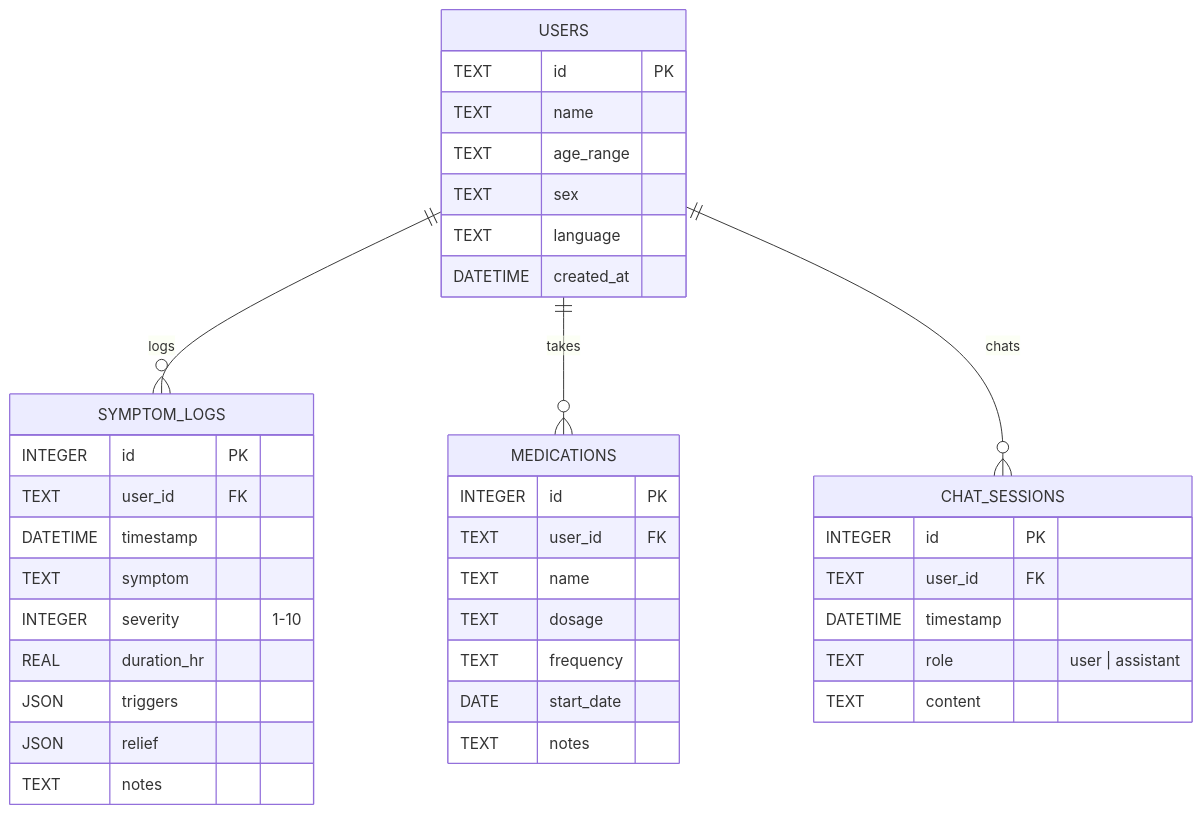
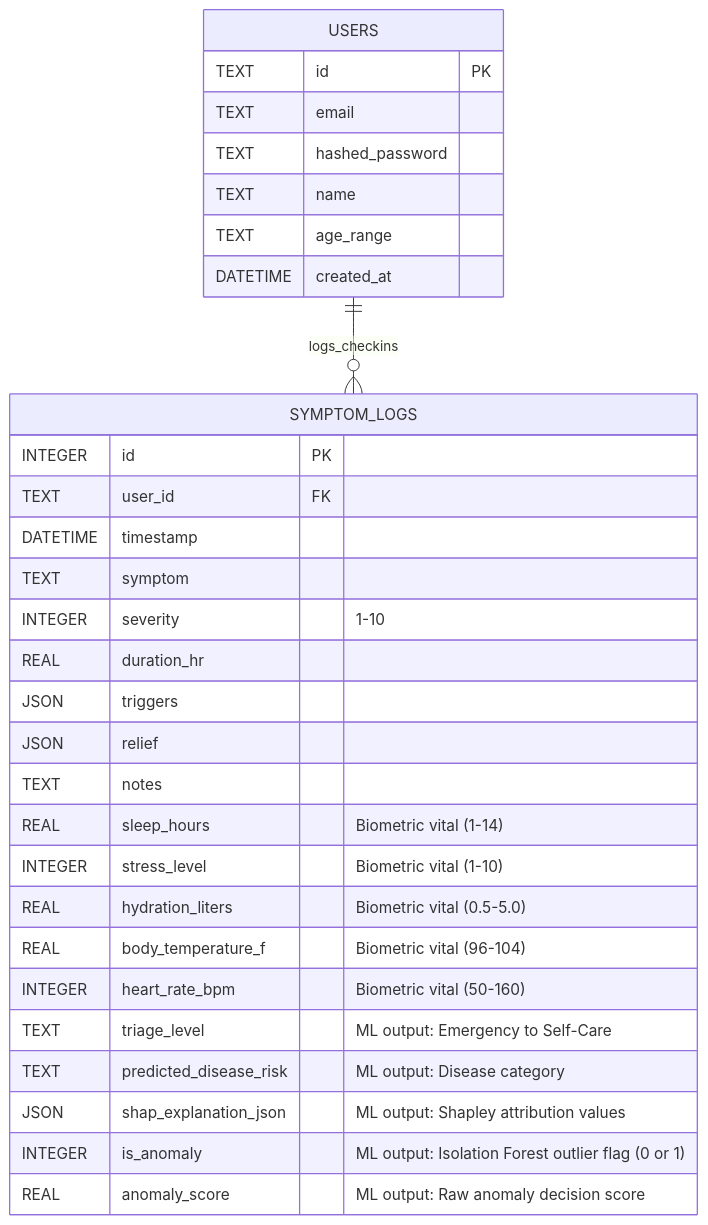
One commit to rj9884/healthGuard changed the second of 2 diagrams in README.md. Above: the diagram before and after it, drawn with Mermaid. The commit also changed other lines of this file, not shown here.

Commit message:
docs: update README with lightweight ML architecture, updated database schema, and local setup guide

````diff
--- a/README.md
+++ b/README.md
@@ -332,45 +247,35 @@
 ```mermaid
 erDiagram
     USERS {
         TEXT id PK
+        TEXT email
+        TEXT hashed_password
         TEXT name
         TEXT age_range
-        TEXT sex
-        TEXT language
         DATETIME created_at
     }
 
     SYMPTOM_LOGS {
         INTEGER id PK
         TEXT user_id FK
         DATETIME timestamp
         TEXT symptom
         INTEGER severity "1-10"
         REAL duration_hr
         JSON triggers
         JSON relief
         TEXT notes
+        REAL sleep_hours "Biometric vital (1-14)"
+        INTEGER stress_level "Biometric vital (1-10)"
+        REAL hydration_liters "Biometric vital (0.5-5.0)"
+        REAL body_temperature_f "Biometric vital (96-104)"
+        INTEGER heart_rate_bpm "Biometric vital (50-160)"
+        TEXT triage_level "ML output: Emergency to Self-Care"
+        TEXT predicted_disease_risk "ML output: Disease category"
+        JSON shap_explanation_json "ML output: Shapley attribution values"
+        INTEGER is_anomaly "ML output: Isolation Forest outlier flag (0 or 1)"
+        REAL anomaly_score "ML output: Raw anomaly decision score"
     }
 
-    MEDICATIONS {
-        INTEGER id PK
-        TEXT user_id FK
-        TEXT name
-        TEXT dosage
-        TEXT frequency
-        DATE start_date
-        TEXT notes
-    }
-
-    CHAT_SESSIONS {
-        INTEGER id PK
-        TEXT user_id FK
-        DATETIME timestamp
-        TEXT role "user | assistant"
-        TEXT content
-    }
-
-    USERS ||--o{ SYMPTOM_LOGS : "logs"
-    USERS ||--o{ MEDICATIONS : "takes"
-    USERS ||--o{ CHAT_SESSIONS : "chats"
+    USERS ||--o{ SYMPTOM_LOGS : "logs_checkins"
 ```
````
